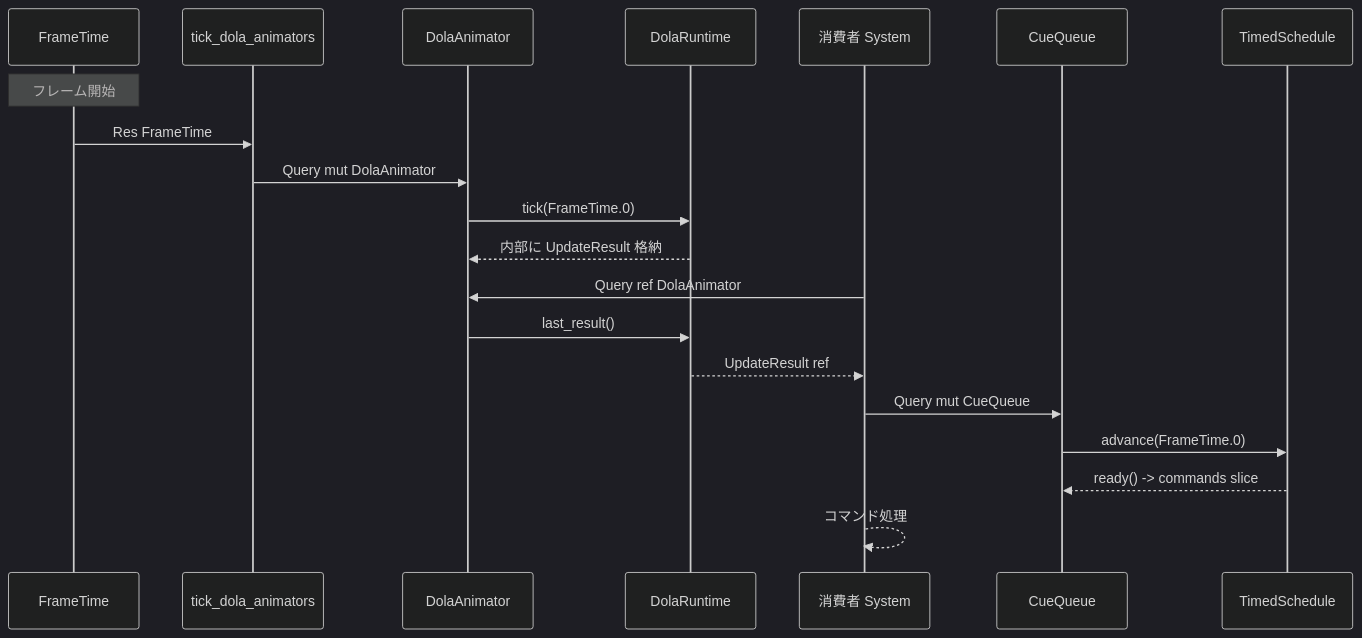
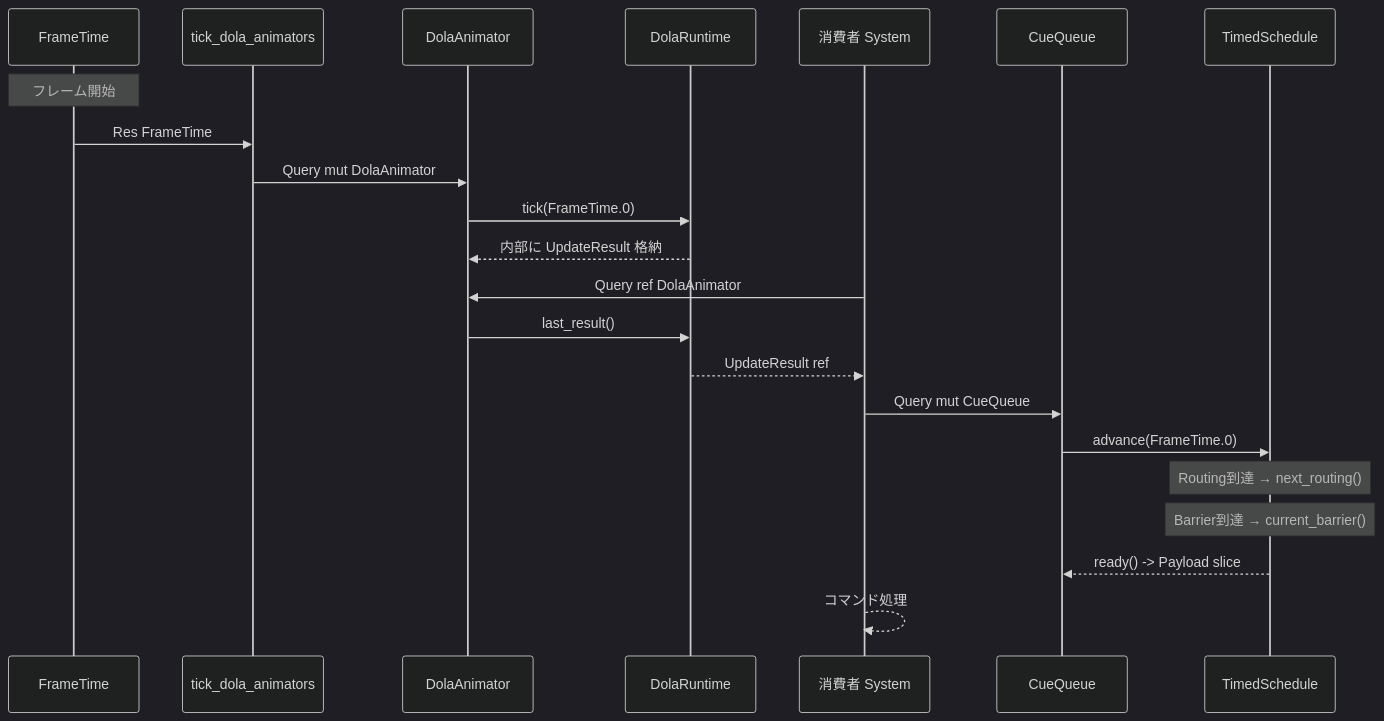
Before and after one commit to ekicyou/areka: the third of 6 diagrams in .kiro/specs/wintf-P0-dola-boundary/design.md, drawn with Mermaid (dark theme). The commit also changed other lines of this file and 2 other files, not shown here.

````diff
--- a/.kiro/specs/wintf-P0-dola-boundary/design.md
+++ b/.kiro/specs/wintf-P0-dola-boundary/design.md
@@ -133,23 +148,27 @@
 ```mermaid
 sequenceDiagram
     participant FT as FrameTime
     participant TDA as tick_dola_animators
     participant DA as DolaAnimator
     participant DR as DolaRuntime
     participant Consumer as 消費者 System
     participant CQ as CueQueue
     participant TS as TimedSchedule
 
     Note over FT: フレーム開始
     FT->>TDA: Res FrameTime
     TDA->>DA: Query mut DolaAnimator
     DA->>DR: tick(FrameTime.0)
     DR-->>DA: 内部に UpdateResult 格納
+
     Consumer->>DA: Query ref DolaAnimator
     DA->>DR: last_result()
     DR-->>Consumer: UpdateResult ref
+
     Consumer->>CQ: Query mut CueQueue
     CQ->>TS: advance(FrameTime.0)
-    TS-->>CQ: ready() -> commands slice
+    Note over TS: Routing到達 → next_routing()
+    Note over TS: Barrier到達 → current_barrier()
+    TS-->>CQ: ready() -> Payload slice
     Consumer-->>Consumer: コマンド処理
 ```
````
